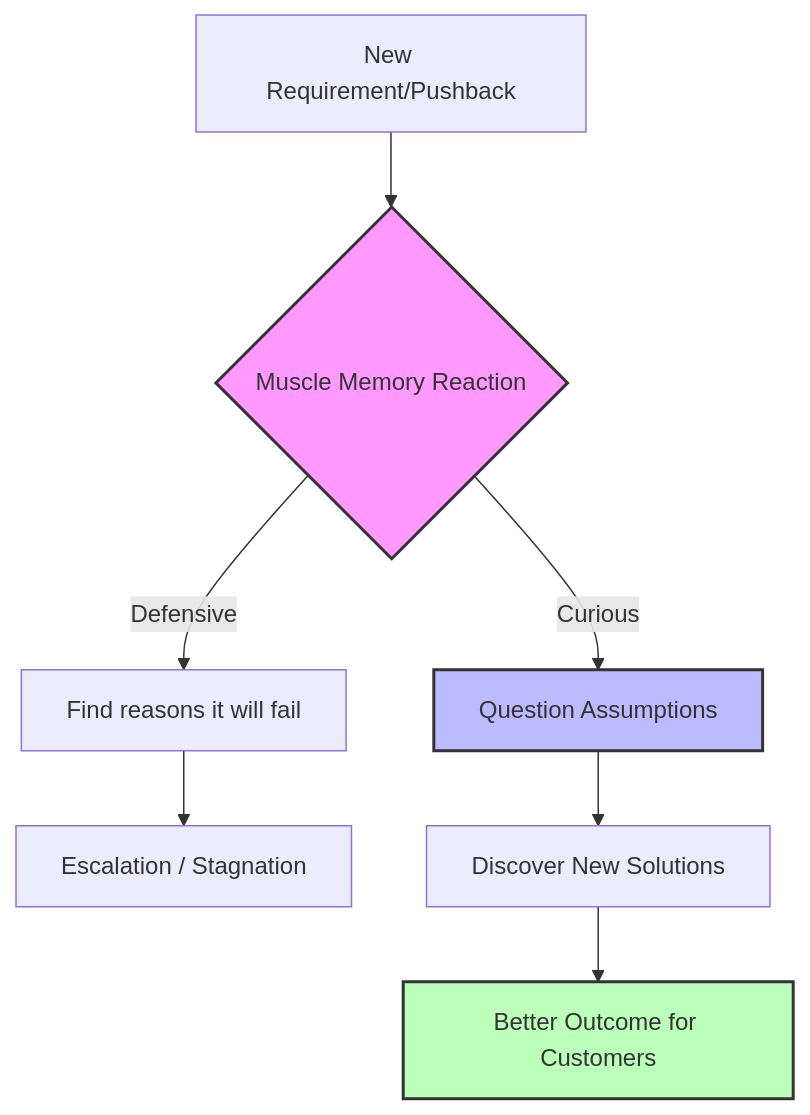
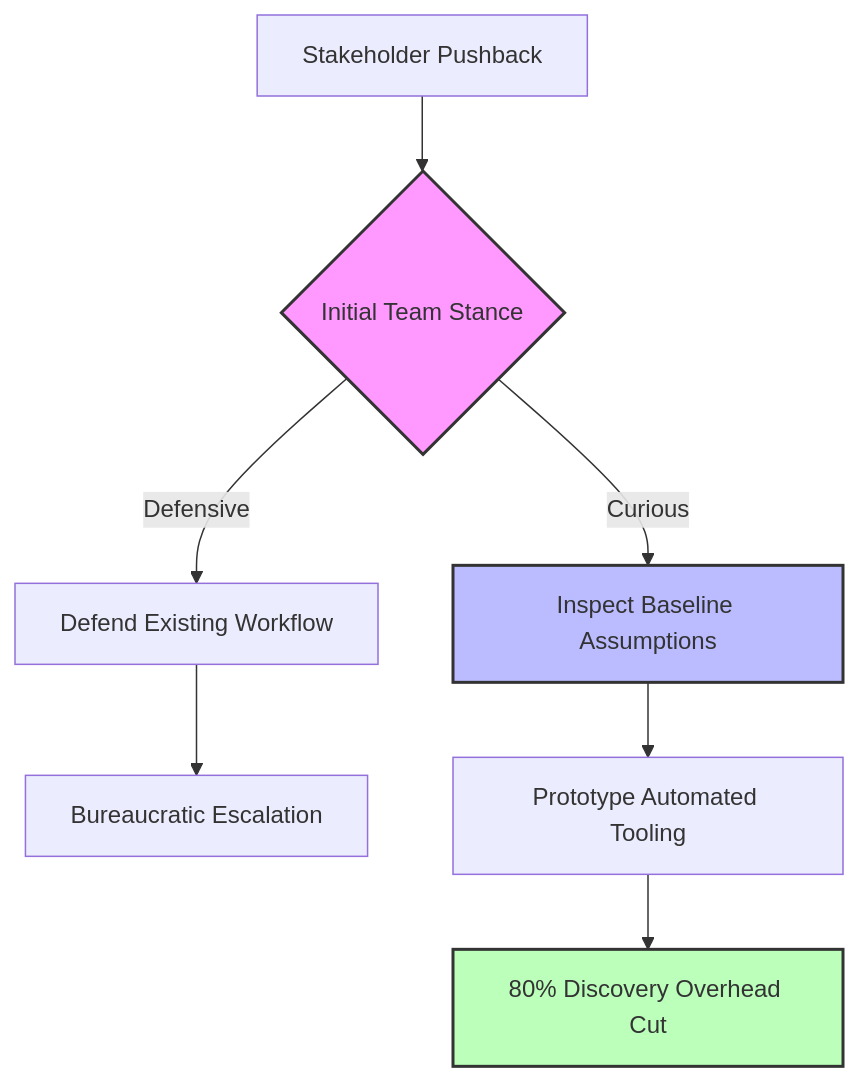
Before and after one commit to kr-neerav/thinkingbuffer: the diagram in src/pages/blog/2026/08/pushback-is-good.md, drawn with Mermaid. The commit also changed other lines of this file, not shown here.

Commit message:
feat(blog): republish 'Why Pushback is a Gift' with updated structure and visuals

````diff
--- a/src/pages/blog/2026/08/pushback-is-good.md
+++ b/src/pages/blog/2026/08/pushback-is-good.md
@@ -30,13 +37,13 @@
 ```mermaid
-graph TD
-    A[New Requirement/Pushback] --> B{Muscle Memory Reaction}
-    B -->|Defensive| C[Find reasons it will fail]
-    B -->|Curious| D[Question Assumptions]
-    C --> E[Escalation / Stagnation]
-    D --> F[Discover New Solutions]
-    F --> G[Better Outcome for Customers]
-    
+flowchart TD
+    A[Stakeholder Pushback] --> B{Initial Team Stance}
+    B -->|Defensive| C[Defend Existing Workflow]
+    B -->|Curious| D[Inspect Baseline Assumptions]
+    C --> E[Bureaucratic Escalation]
+    D --> F[Prototype Automated Tooling]
+    F --> G[80% Discovery Overhead Cut]
+
     style B fill:#f9f,stroke:#333,stroke-width:2px
     style D fill:#bbf,stroke:#333,stroke-width:2px
     style G fill:#bfb,stroke:#333,stroke-width:2px
 ```
````
